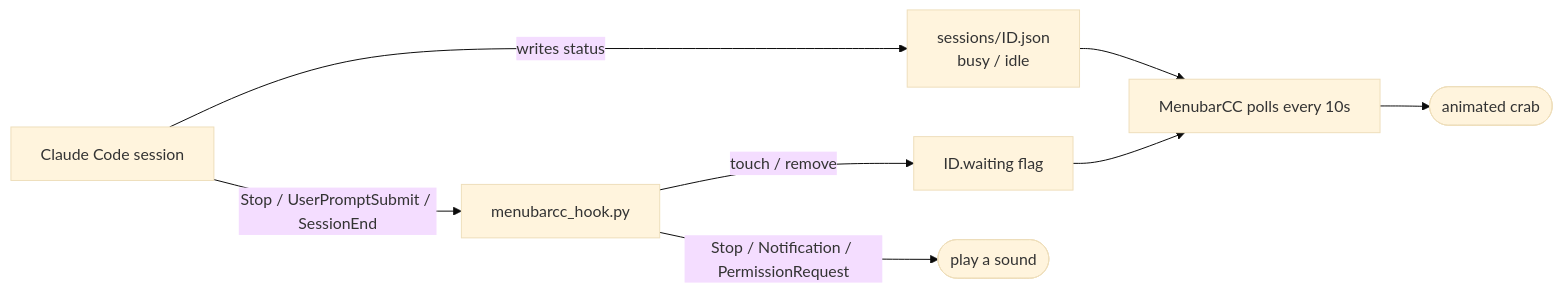
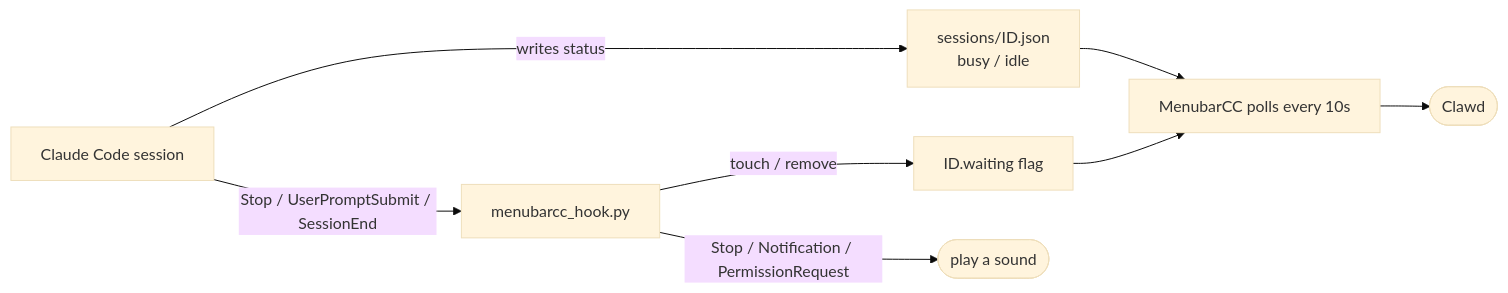
The diagram in README.md (ksterx/MenubarCC), drawn with Mermaid (base theme) before and after one commit. The commit also changed other lines of this file and 4 other files, not shown here.

````diff
--- a/README.md
+++ b/README.md
@@ -82,11 +82,11 @@
 ```mermaid
 flowchart LR
     CC["Claude Code session"]
     CC -->|writes status| SJSON["sessions/ID.json<br/>busy / idle"]
     CC -->|"Stop / UserPromptSubmit / SessionEnd"| HOOK["menubarcc_hook.py"]
     HOOK -->|touch / remove| FLAG["ID.waiting flag"]
     HOOK -->|"Stop / Notification / PermissionRequest"| SOUND(["play a sound"])
     SJSON --> APP["MenubarCC polls every 10s"]
     FLAG --> APP
-    APP --> BAR(["animated crab"])
+    APP --> BAR(["Clawd"])
 ```
````
